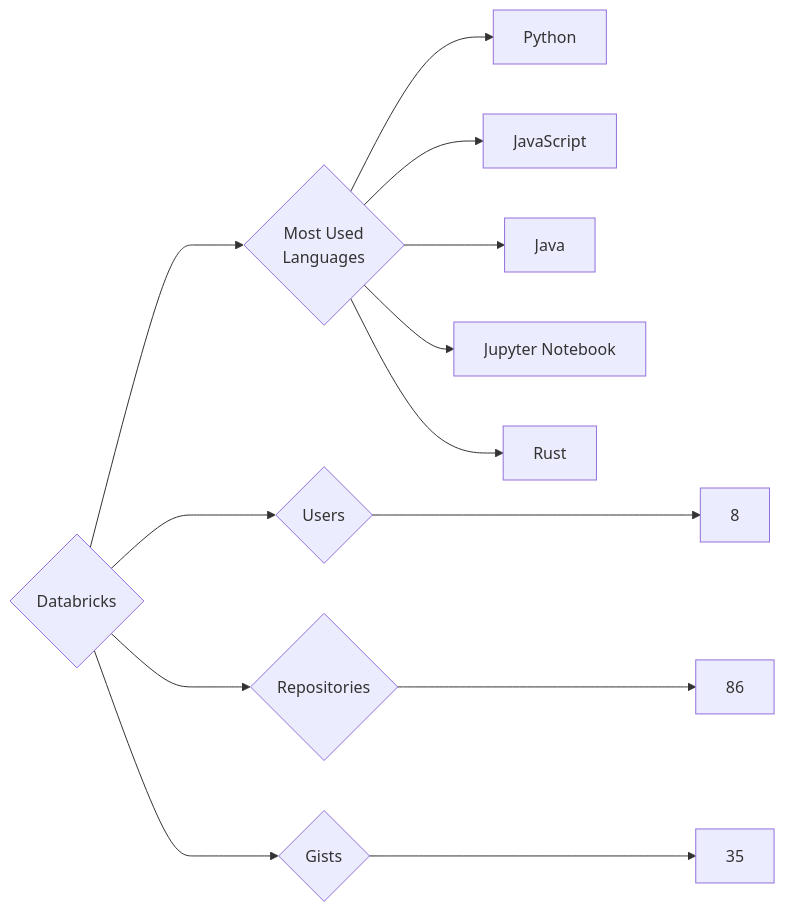
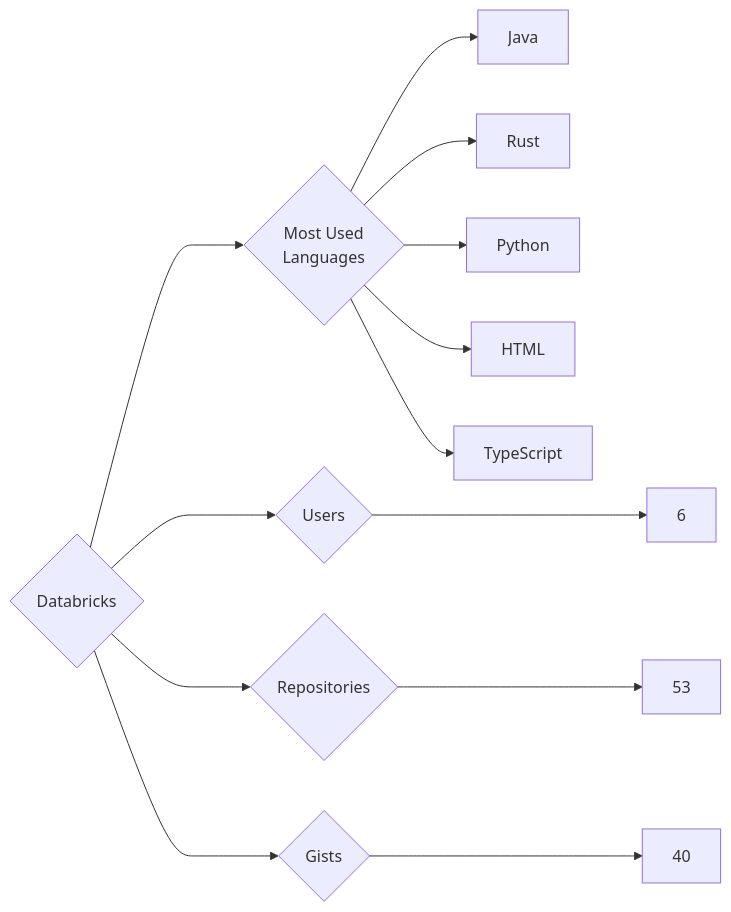
Before and after one commit to trickest/insiders: the diagram in targets/Databricks/README.md, drawn with Mermaid. The commit also changed 1148 other files, not shown here.

````diff
--- a/targets/Databricks/README.md
+++ b/targets/Databricks/README.md
@@ -3,13 +3,13 @@
 ```mermaid
 graph LR
 COMPANY_NAME{Databricks}
-COMPANY_NAME ---> U{Users} ---> UN[8]
-COMPANY_NAME ---> R{Repositories} ---> RN[86]
-COMPANY_NAME ---> G{Gists} ---> GN[35]
+COMPANY_NAME ---> U{Users} ---> UN[6]
+COMPANY_NAME ---> R{Repositories} ---> RN[53]
+COMPANY_NAME ---> G{Gists} ---> GN[40]
 COMPANY_NAME ---> ML{Most Used<br>Languages}
+ML --> Java[Java]
+ML --> Rust[Rust]
 ML --> Python[Python]
-ML --> JavaScript[JavaScript]
-ML --> Java[Java]
-ML --> Jupyter_Notebook[Jupyter Notebook]
-ML --> Rust[Rust]
+ML --> HTML[HTML]
+ML --> TypeScript[TypeScript]
 ```
````
